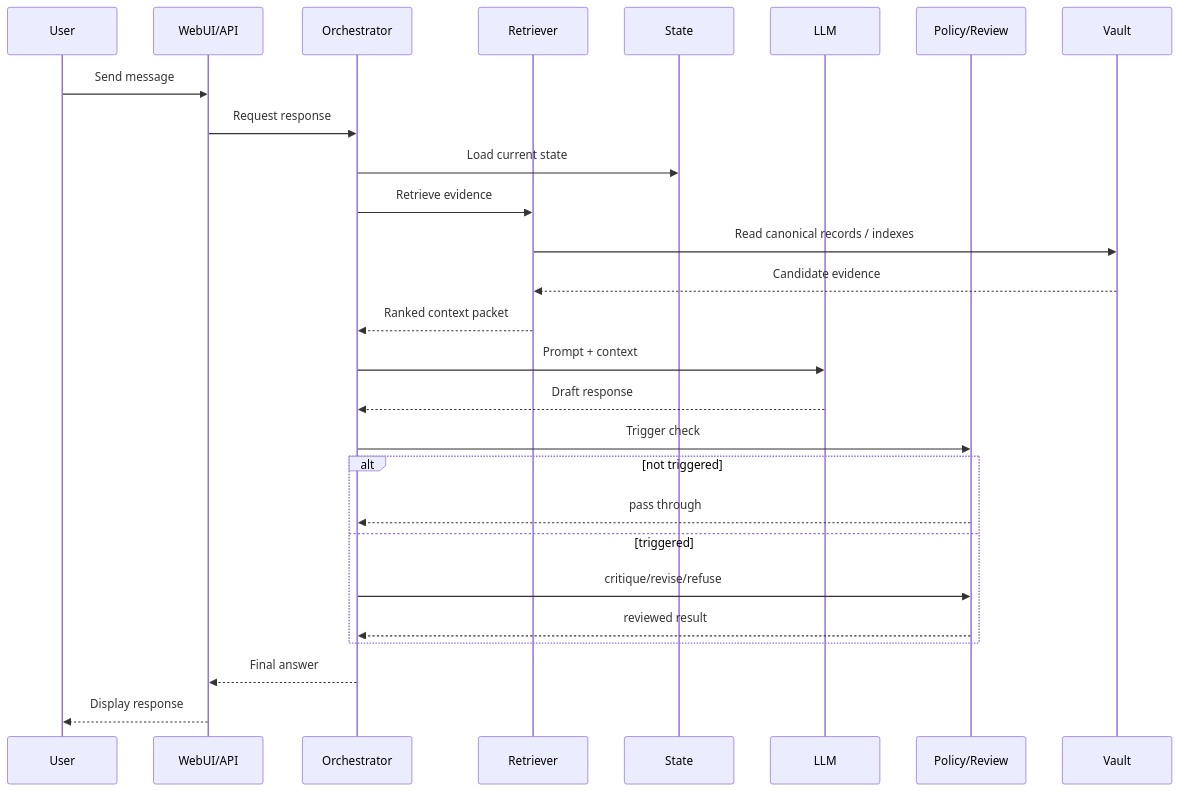
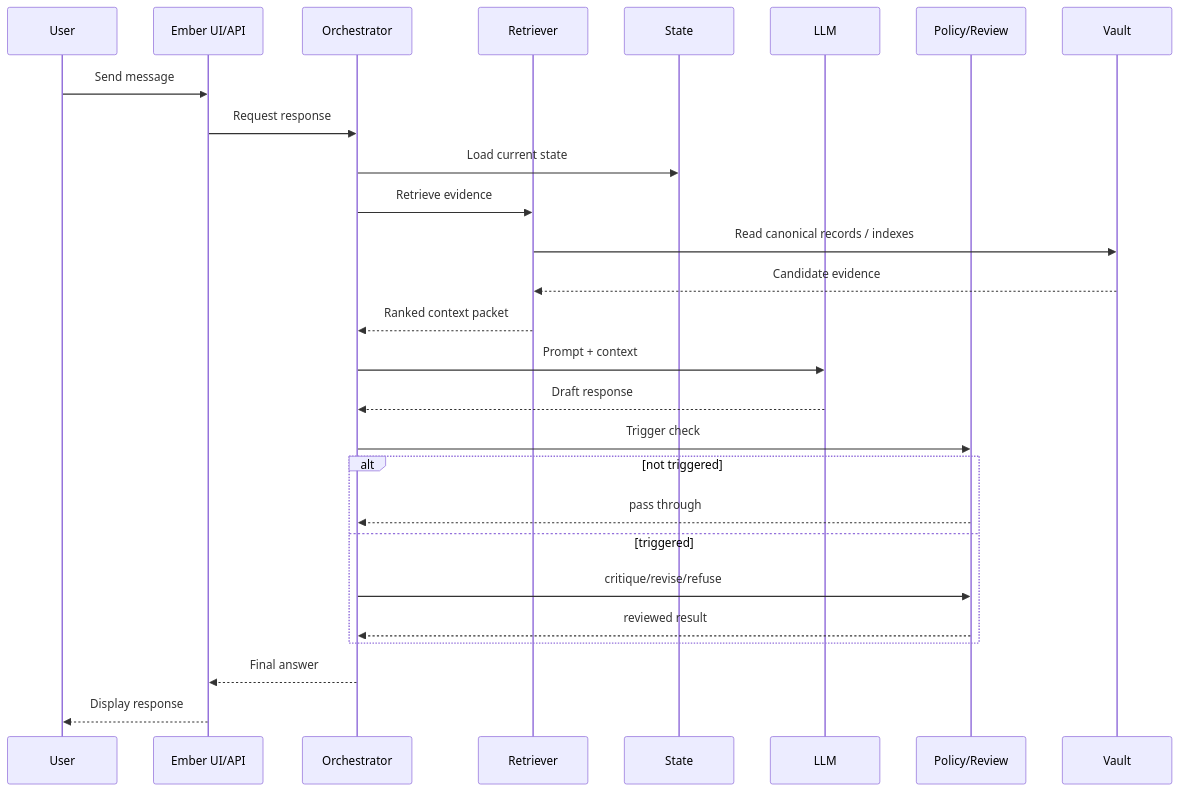
The eighth of 10 diagrams in docs/Ember2_TDD.md (niansahc/ember-2), drawn with Mermaid before and after one commit. The commit also changed other lines of this file and 3 other files, not shown here.

First line of the commit message:
Update all docs: remove Open WebUI, document Ember UI architecture

````diff
--- a/docs/Ember2_TDD.md
+++ b/docs/Ember2_TDD.md
@@ -2169,30 +2157,30 @@
 ```mermaid
 sequenceDiagram
     participant User
-    participant UI as WebUI/API
+    participant UI as Ember UI/API
     participant Orchestrator
     participant Retriever
     participant State
     participant LLM
     participant Review as Policy/Review
     participant Vault
 
     User->>UI: Send message
     UI->>Orchestrator: Request response
     Orchestrator->>State: Load current state
     Orchestrator->>Retriever: Retrieve evidence
     Retriever->>Vault: Read canonical records / indexes
     Vault-->>Retriever: Candidate evidence
     Retriever-->>Orchestrator: Ranked context packet
     Orchestrator->>LLM: Prompt + context
     LLM-->>Orchestrator: Draft response
     Orchestrator->>Review: Trigger check
     alt not triggered
         Review-->>Orchestrator: pass through
     else triggered
         Orchestrator->>Review: critique/revise/refuse
         Review-->>Orchestrator: reviewed result
     end
     Orchestrator-->>UI: Final answer
     UI-->>User: Display response
 ```
````
